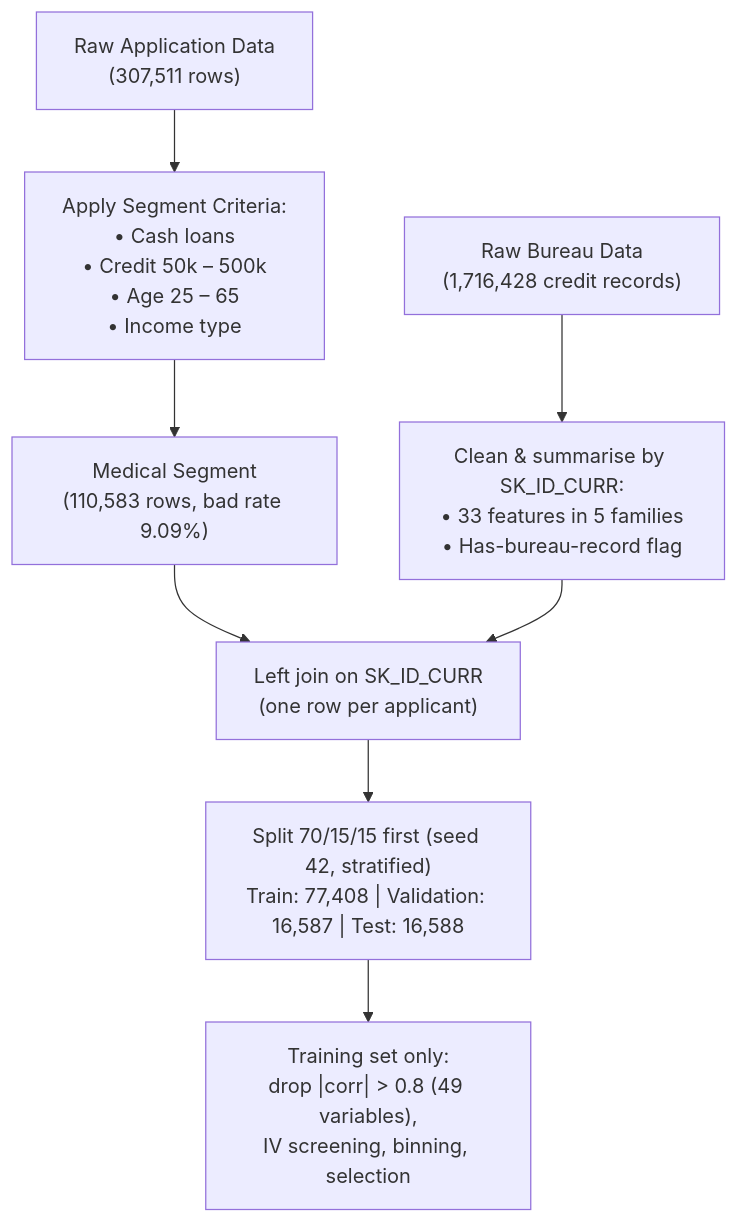
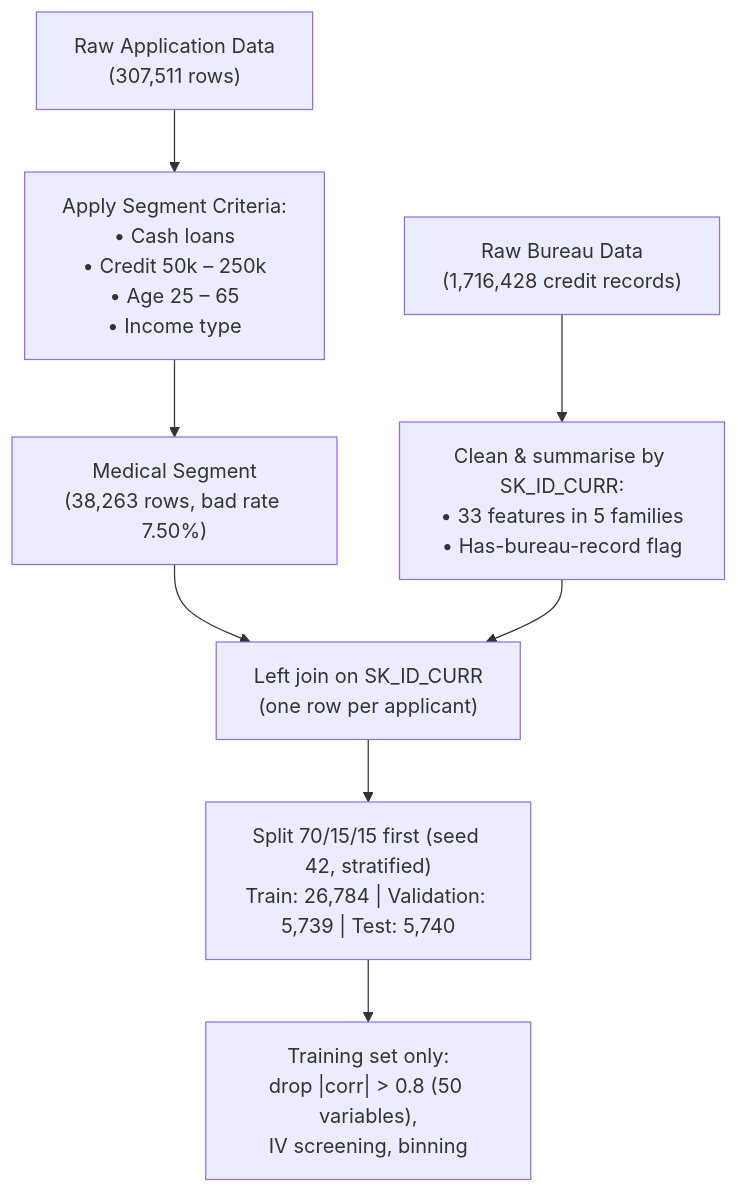
One commit to AmateurMadman/is453-group7-credit-scorecard changed the first of 2 diagrams in IS453_Group_7_Combined_Notebook_Writeup.md. Above: the diagram before and after it, drawn with Mermaid. The commit also changed other lines of this file and 2 other files, not shown here.

````diff
--- a/IS453_Group_7_Combined_Notebook_Writeup.md
+++ b/IS453_Group_7_Combined_Notebook_Writeup.md
@@ -89,10 +97,10 @@
 ```mermaid
 flowchart TD
-    A["Raw Application Data<br>(307,511 rows)"] --> B["Apply Segment Criteria:<br>• Cash loans<br>• Credit 50k – 500k<br>• Age 25 – 65<br>• Income type"]
-    B --> C["Medical Segment<br>(110,583 rows, bad rate 9.09%)"]
+    A["Raw Application Data<br>(307,511 rows)"] --> B["Apply Segment Criteria:<br>• Cash loans<br>• Credit 50k – 250k<br>• Age 25 – 65<br>• Income type"]
+    B --> C["Medical Segment<br>(38,263 rows, bad rate 7.50%)"]
     D["Raw Bureau Data<br>(1,716,428 credit records)"] --> E["Clean & summarise by SK_ID_CURR:<br>• 33 features in 5 families<br>• Has-bureau-record flag"]
     C --> F["Left join on SK_ID_CURR<br>(one row per applicant)"]
     E --> F
-    F --> G["Split 70/15/15 first (seed 42, stratified)<br>Train: 77,408 | Validation: 16,587 | Test: 16,588"]
-    G --> H["Training set only:<br>drop |corr| > 0.8 (49 variables),<br>IV screening, binning, selection"]
+    F --> G["Split 70/15/15 first (seed 42, stratified)<br>Train: 26,784 | Validation: 5,739 | Test: 5,740"]
+    G --> H["Training set only:<br>drop |corr| > 0.8 (50 variables),<br>IV screening, binning"]
 ```
````
